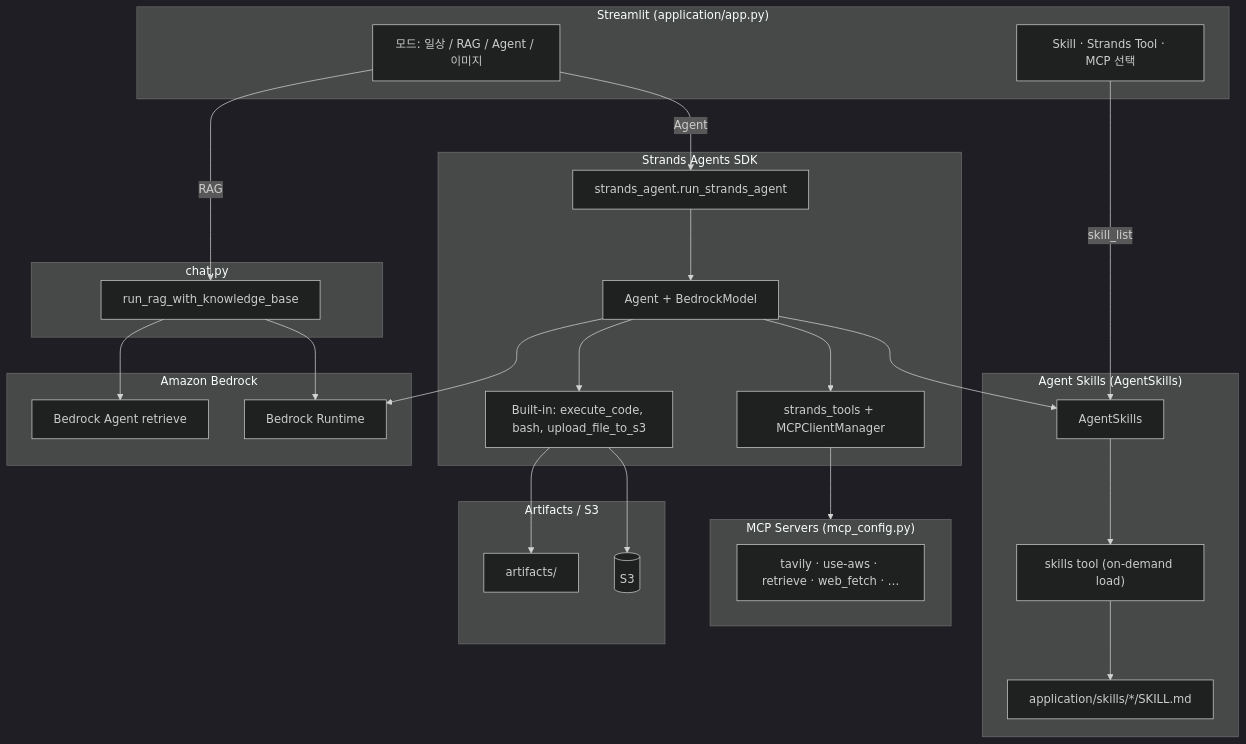
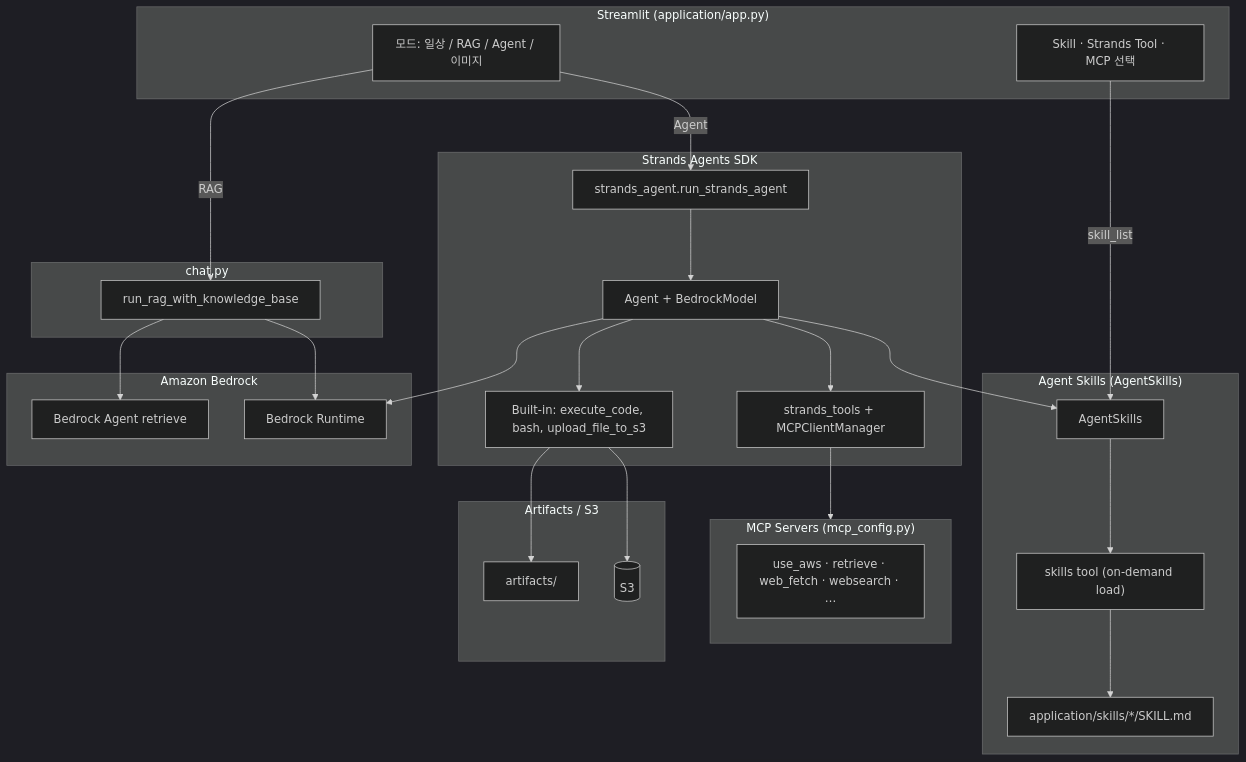
The diagram in README.md (kyopark2014/narae-project), drawn with Mermaid (dark theme) before and after one commit. The commit also changed other lines of this file, not shown here.

````diff
--- a/README.md
+++ b/README.md
@@ -18,56 +18,56 @@
 ```mermaid
 flowchart TB
   subgraph UI["Streamlit (application/app.py)"]
     MODE["모드: 일상 / RAG / Agent / 이미지"]
     SKUI["Skill · Strands Tool · MCP 선택"]
   end
 
   subgraph LLM["Amazon Bedrock"]
     BR[Bedrock Runtime]
     KBR[Bedrock Agent retrieve]
   end
 
   subgraph RAG["chat.py"]
     RAGfn[run_rag_with_knowledge_base]
   end
 
   subgraph Skills["Agent Skills (AgentSkills)"]
     SRC["application/skills/*/SKILL.md"]
     ASK[AgentSkills]
     SKT["skills tool (on-demand load)"]
   end
 
   subgraph AgentStack["Strands Agents SDK"]
     RSA[strands_agent.run_strands_agent]
     A[Agent + BedrockModel]
     BT["Built-in: execute_code, bash, upload_file_to_s3"]
     ST[strands_tools + MCPClientManager]
   end
 
   subgraph MCPServers["MCP Servers (mcp_config.py)"]
-    MCP["tavily · use-aws · retrieve · web_fetch · …"]
+    MCP["use_aws · retrieve · web_fetch · websearch · …"]
   end
 
   subgraph Storage["Artifacts / S3"]
     ART[artifacts/]
     S3[(S3)]
   end
 
   MODE -->|RAG| RAGfn
   MODE -->|Agent| RSA
   SKUI -->|skill_list| ASK
 
   RAGfn --> KBR
   RAGfn --> BR
 
   RSA --> A
   A --> BR
   A --> BT
   A --> ST
   A --> ASK
   ASK --> SKT
   SKT --> SRC
   ST --> MCPServers
   BT --> ART
   BT --> S3
 ```
````
